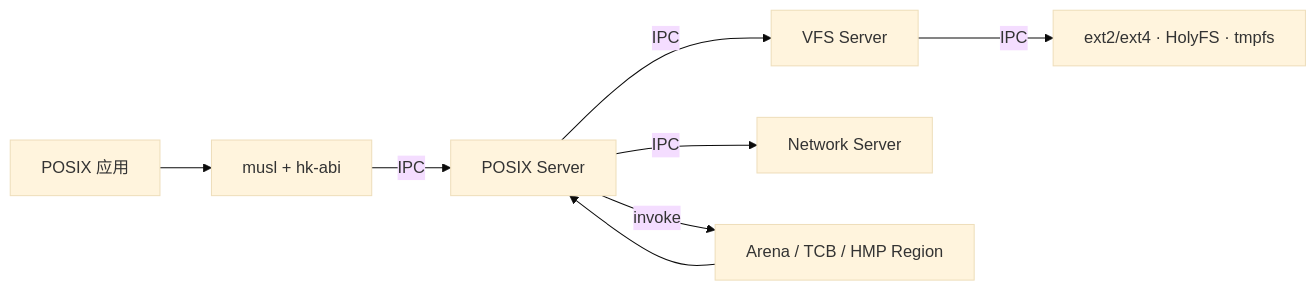
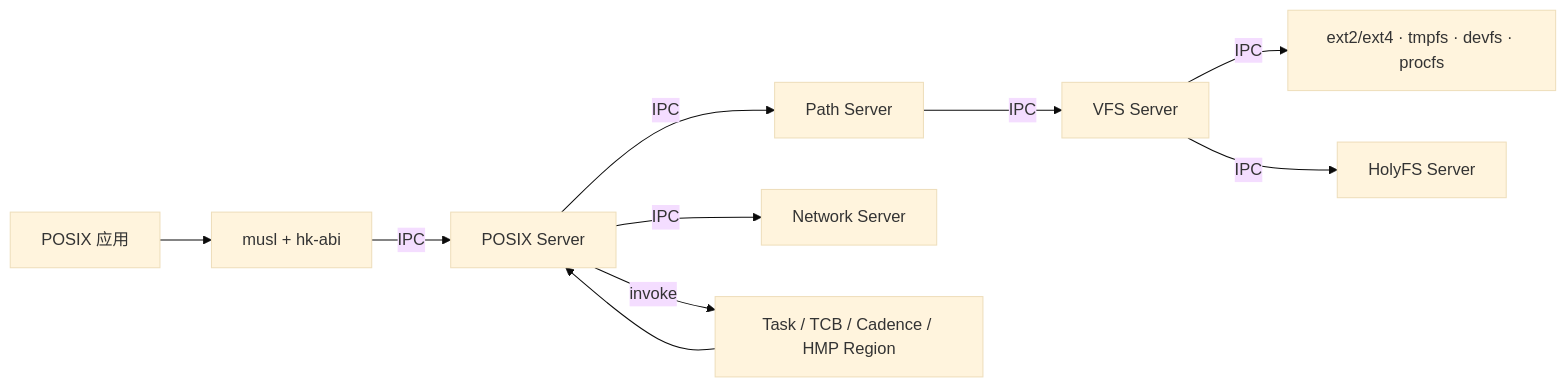
The fourth of 5 diagrams in docs/architecture.md (hongweifei/HolyKernel), drawn with Mermaid (base theme) before and after one commit. The commit also changed other lines of this file and 30 other files, not shown here.

First line of the commit message:
docs: 统一 Holy Cadence Model 与 VFS/Path 拆分

````diff
--- a/docs/architecture.md
+++ b/docs/architecture.md
@@ -240,10 +252,12 @@
 ```mermaid
 flowchart LR
     App["POSIX 应用"] --> Libc["musl + hk-abi"]
     Libc -->|IPC| POSIX["POSIX Server"]
-    POSIX -->|IPC| VFS["VFS Server"]
-    VFS -->|IPC| FS["ext2/ext4 · HolyFS · tmpfs"]
+    POSIX -->|IPC| Path["Path Server"]
+    Path -->|IPC| VFS["VFS Server"]
+    VFS -->|IPC| FS["ext2/ext4 · tmpfs · devfs · procfs"]
+    VFS -->|IPC| Holy["HolyFS Server"]
     POSIX -->|IPC| Net["Network Server"]
-    POSIX -->|invoke| Kernel["Arena / TCB / HMP Region"]
+    POSIX -->|invoke| Kernel["Task / TCB / Cadence / HMP Region"]
     Kernel --> POSIX
 ```
````
